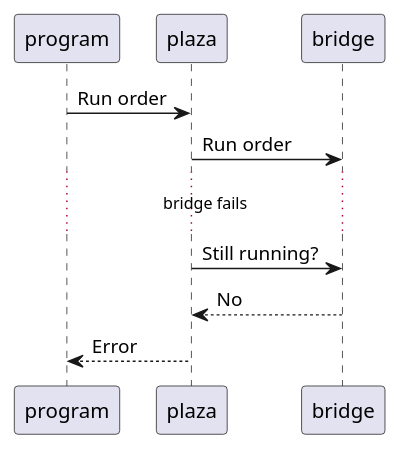
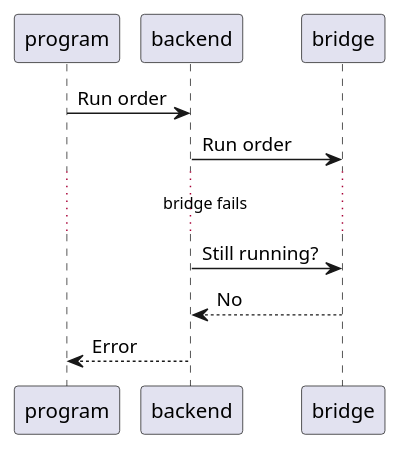
The third of 7 diagrams in docs/communications/sequence/bridges.puml (programaker-project/Programaker-Core), drawn with PlantUML before and after one commit. The commit also changed other lines of this file and 42 other files, not shown here.

```diff
--- a/docs/communications/sequence/bridges.puml
+++ b/docs/communications/sequence/bridges.puml
@@ -29,12 +29,12 @@
 @startuml failed-operation.png
 participant program
-participant plaza
+participant backend
 participant bridge
 
-program -> plaza: Run order
-plaza -> bridge: Run order
+program -> backend: Run order
+backend -> bridge: Run order
 ... bridge fails ...
-plaza -> bridge: Still running?
-plaza <-- bridge: No
-program <-- plaza: Error
+backend -> bridge: Still running?
+backend <-- bridge: No
+program <-- backend: Error
 @enduml
```
